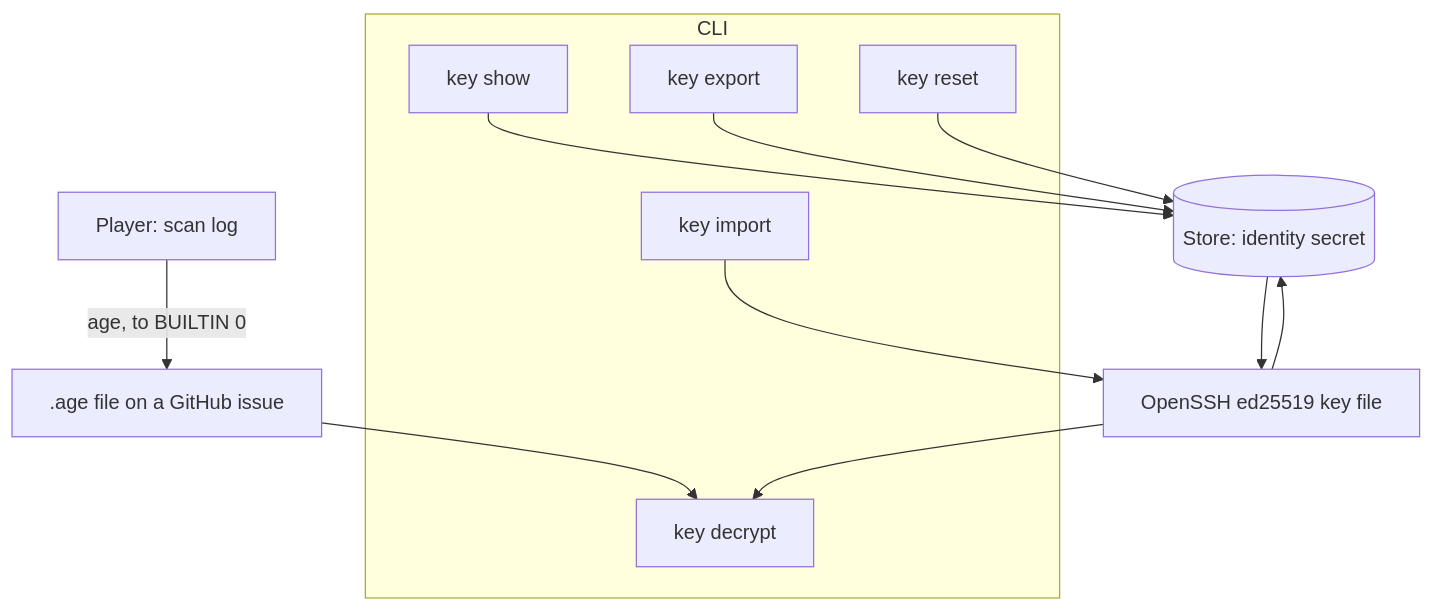
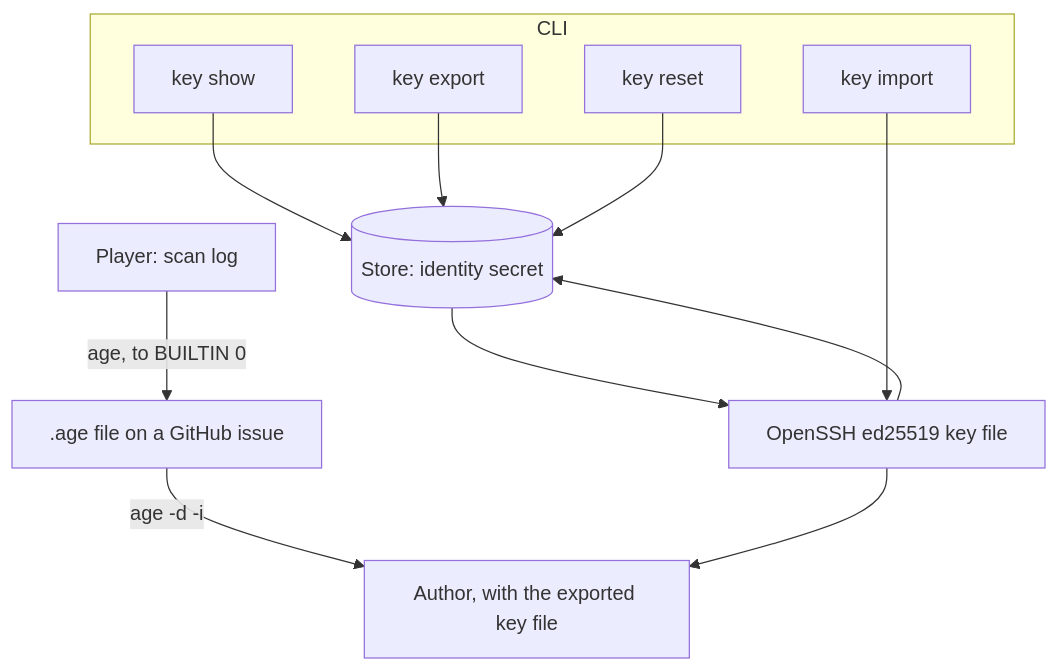
The diagram in docs/egm/0043-key-management/design_draft.md (phughk/forever-together), drawn with Mermaid before and after one commit. The commit also changed other lines of this file and 1 other file, not shown here.

Commit message:
egm(0043): drop the decrypt command; the author decrypts with age

````diff
--- a/docs/egm/0043-key-management/design_draft.md
+++ b/docs/egm/0043-key-management/design_draft.md
@@ -70,19 +70,18 @@
 ```mermaid
 flowchart TD
     subgraph CLI
         S[key show]
         E[key export]
         I[key import]
         R[key reset]
-        D[key decrypt]
     end
     ST[(Store: identity secret)]
     F[OpenSSH ed25519 key file]
     S --> ST
     E --> ST --> F
     I --> F --> ST
     R --> ST
     PL[Player: scan log] -->|age, to BUILTIN 0| X[.age file on a GitHub issue]
-    X --> D
-    F --> D
+    X -->|age -d -i| A[Author, with the exported key file]
+    F --> A
 ```
````
